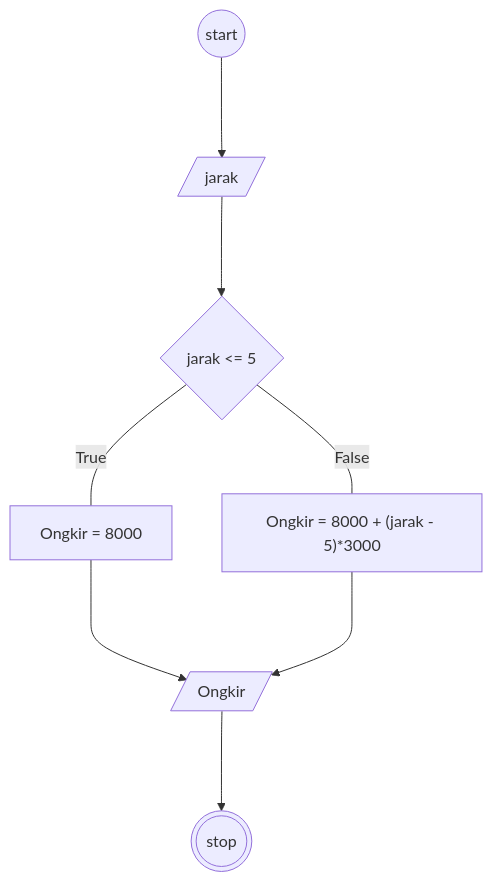
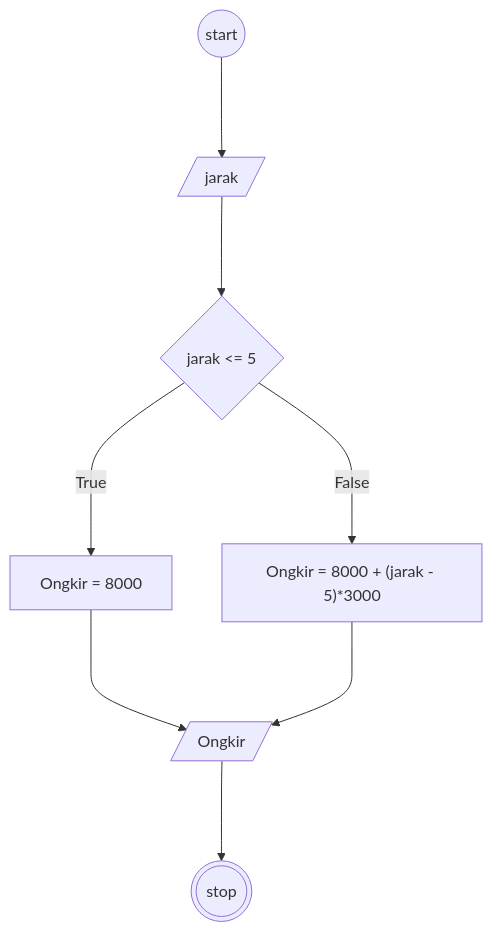
The diagram in minitask8.md (VirgilIw/koda-b4-algoritma), drawn with Mermaid before and after one commit.

````diff
--- a/minitask8.md
+++ b/minitask8.md
@@ -1,17 +1,17 @@
 ```mermaid
 flowchart TB
 
 circle((start))
 
 circle--->id[/jarak/]
 
 id--->jauh{jarak <= 5}
 
-jauh --True --- ongkos1[Ongkir = 8000]
-jauh --False --- ongkos2["Ongkir = 8000 + (jarak - 5)*3000"]
+jauh --True ---> ongkos1[Ongkir = 8000]
+jauh --False ---> ongkos2["Ongkir = 8000 + (jarak - 5)*3000"]
 
 ongkos1 ---> total[/Ongkir/]
 ongkos2 ---> total[/Ongkir/]
 
 total---> selesai(((stop)))
 ```
````
